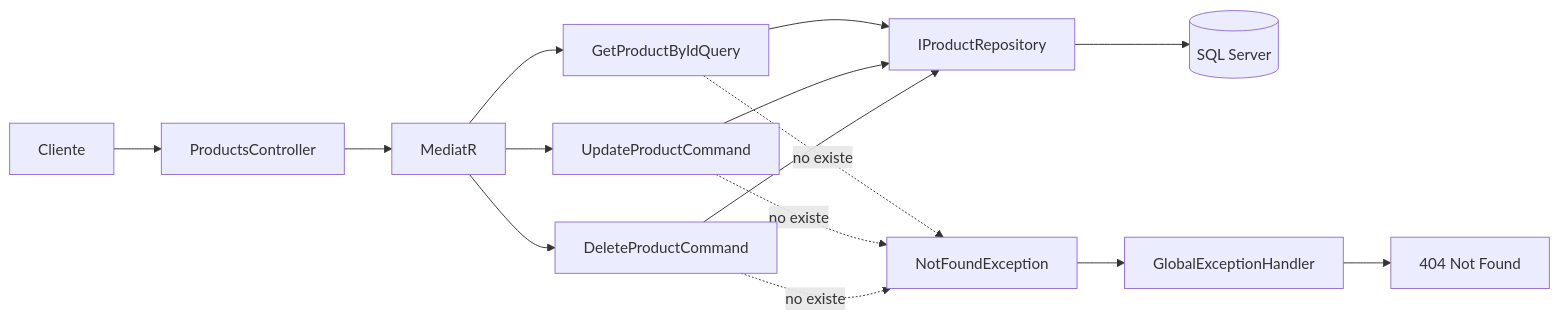
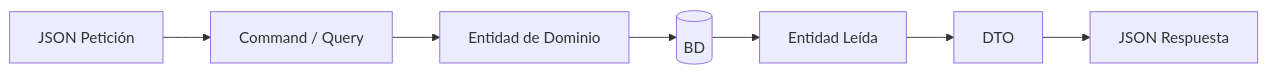
Before and after one commit to Alger125/ProductAPI: the second of 2 diagrams in README.md, drawn with Mermaid. The commit also changed other lines of this file, not shown here.

````diff
--- a/README.md
+++ b/README.md
@@ -65,17 +90,9 @@
 ```mermaid
 flowchart LR
-    C[Cliente] --> API[ProductsController]
-    API --> M[MediatR]
-    M --> Q[GetProductByIdQuery]
-    M --> U[UpdateProductCommand]
-    M --> D[DeleteProductCommand]
-    Q --> R[IProductRepository]
-    U --> R
-    D --> R
-    R --> DB[(SQL Server)]
-    Q -. no existe .-> NF[NotFoundException]
-    U -. no existe .-> NF
-    D -. no existe .-> NF
-    NF --> H[GlobalExceptionHandler]
-    H --> E404[404 Not Found]
+    J1[JSON Petición] --> CMD[Command / Query]
+    CMD --> ENT[Entidad de Dominio]
+    ENT --> DB[(BD)]
+    DB --> ENT2[Entidad Leída]
+    ENT2 --> DTO[DTO]
+    DTO --> J2[JSON Respuesta]
 ```
````
